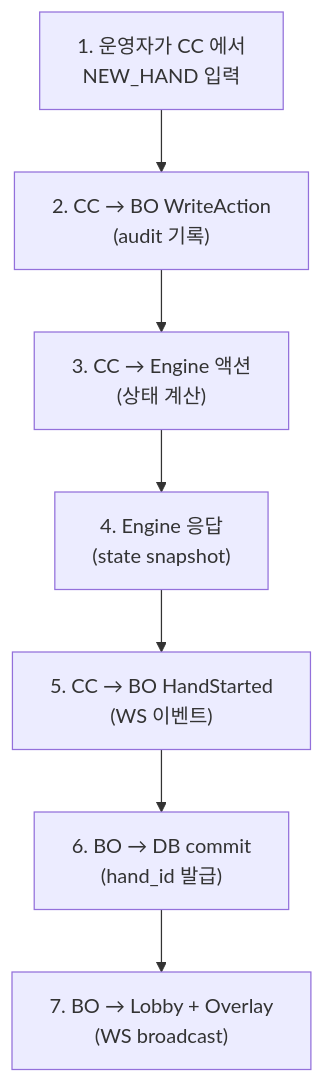
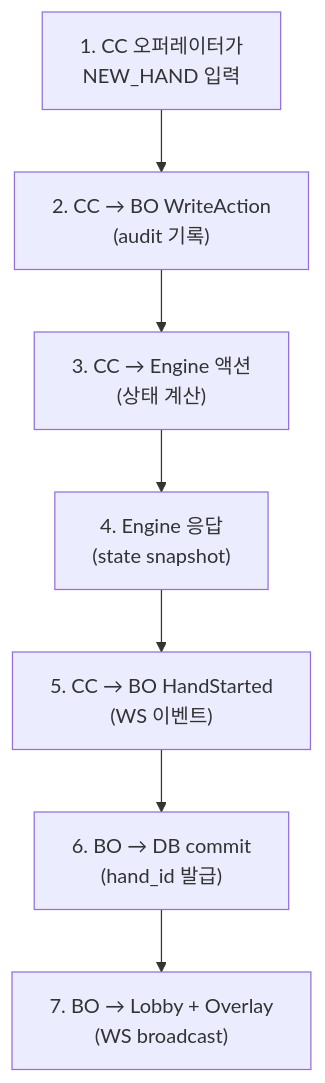
The third of 5 diagrams in docs/1. Product/Back_Office_PRD.md (garimto81/ebs_github), drawn with Mermaid before and after one commit. The commit also changed other lines of this file, not shown here.

First line of the commit message:
docs(s1-foundation): consistency audit 2026-05-08

````diff
--- a/docs/1. Product/Back_Office_PRD.md
+++ b/docs/1. Product/Back_Office_PRD.md
@@ -221,9 +221,9 @@
 ```mermaid
 flowchart TD
-    A["1. 운영자가 CC 에서<br/>NEW_HAND 입력"] --> B["2. CC → BO WriteAction<br/>(audit 기록)"]
+    A["1. CC 오퍼레이터가<br/>NEW_HAND 입력"] --> B["2. CC → BO WriteAction<br/>(audit 기록)"]
     B --> C["3. CC → Engine 액션<br/>(상태 계산)"]
     C --> D["4. Engine 응답<br/>(state snapshot)"]
     D --> E["5. CC → BO HandStarted<br/>(WS 이벤트)"]
     E --> F["6. BO → DB commit<br/>(hand_id 발급)"]
     F --> G["7. BO → Lobby + Overlay<br/>(WS broadcast)"]
 ```
````
